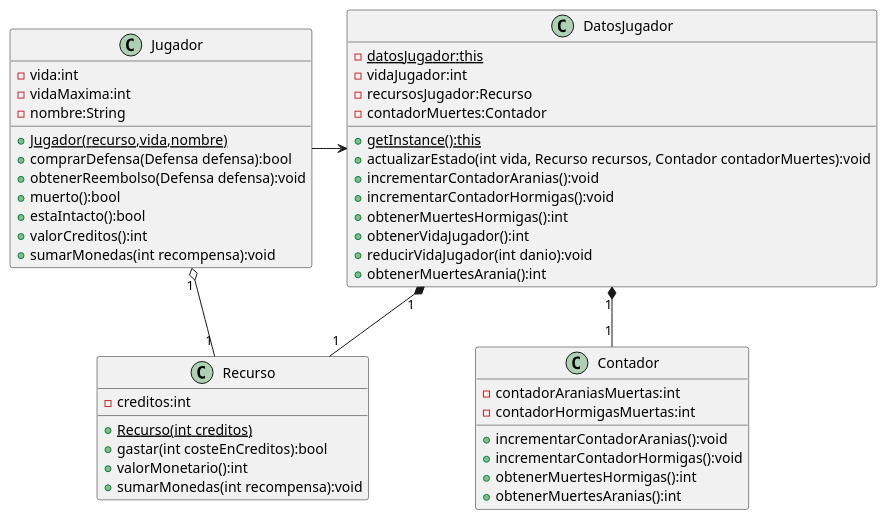
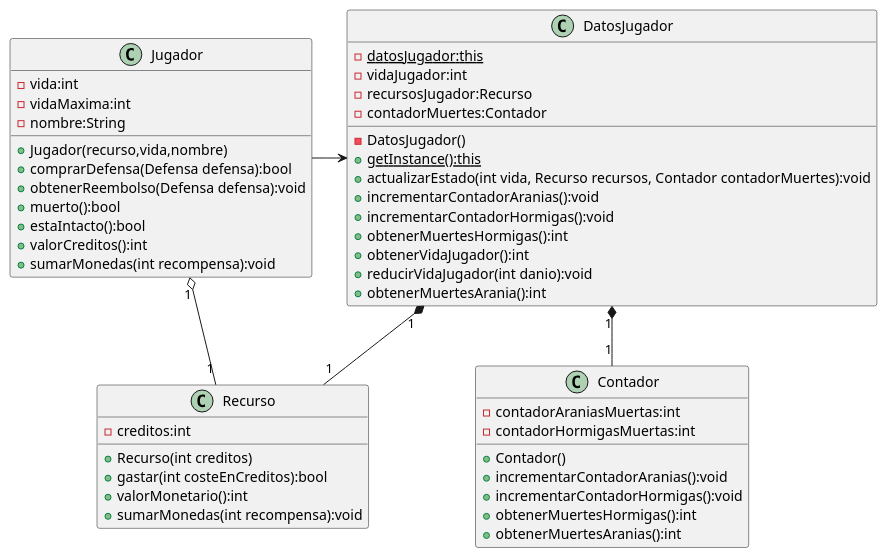
One commit to lucas96will/algo3_tp2_fiuba changed the diagram in diagrams/classes/Ent2/jugador.plantuml. Above: the diagram before and after it, drawn with PlantUML. The commit also changed 7 other files, not shown here.

Commit message:
Primera leida a los diagramas de clase

```diff
--- a/diagrams/classes/Ent2/jugador.plantuml
+++ b/diagrams/classes/Ent2/jugador.plantuml
@@ -1,54 +1,56 @@
 @startuml
 
 class Jugador {
     -vida:int
     -vidaMaxima:int
     -nombre:String
-    {static}+Jugador(recurso,vida,nombre)
+    +Jugador(recurso,vida,nombre)
     +comprarDefensa(Defensa defensa):bool
     +obtenerReembolso(Defensa defensa):void
     +muerto():bool
     +estaIntacto():bool
     +valorCreditos():int
     +sumarMonedas(int recompensa):void
 }
 
 class Recurso {
     -creditos:int
-    {static}+Recurso(int creditos)
+    +Recurso(int creditos)
     +gastar(int costeEnCreditos):bool
     +valorMonetario():int
     +sumarMonedas(int recompensa):void
 
 }
 
 class DatosJugador {
     {static}-datosJugador:this
     -vidaJugador:int
     -recursosJugador:Recurso
     -contadorMuertes:Contador
+    -DatosJugador()
     {static}+getInstance():this
     +actualizarEstado(int vida, Recurso recursos, Contador contadorMuertes):void
     +incrementarContadorAranias():void
     +incrementarContadorHormigas():void
     +obtenerMuertesHormigas():int
     +obtenerVidaJugador():int
     +reducirVidaJugador(int danio):void
     +obtenerMuertesArania():int
 }
 
 class Contador {
     -contadorAraniasMuertas:int
     -contadorHormigasMuertas:int
+    +Contador()
     +incrementarContadorAranias():void
     +incrementarContadorHormigas():void
     +obtenerMuertesHormigas():int
     +obtenerMuertesAranias():int
 }
 
 Jugador "1" o-- "1" Recurso
 DatosJugador "1" *-- "1" Recurso
 DatosJugador "1" *-- "1" Contador
 Jugador -> DatosJugador
 
 @enduml
```
